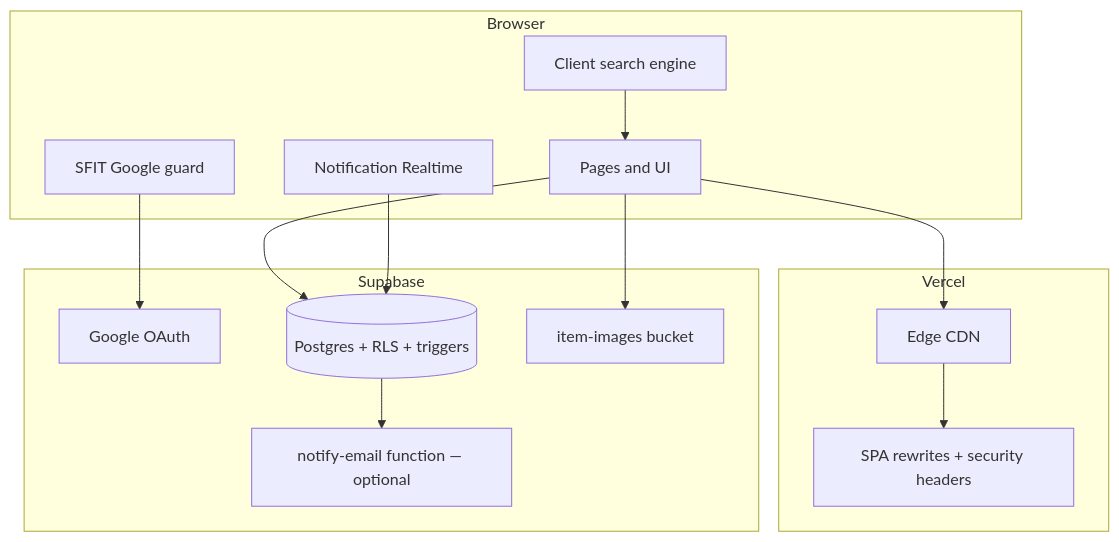
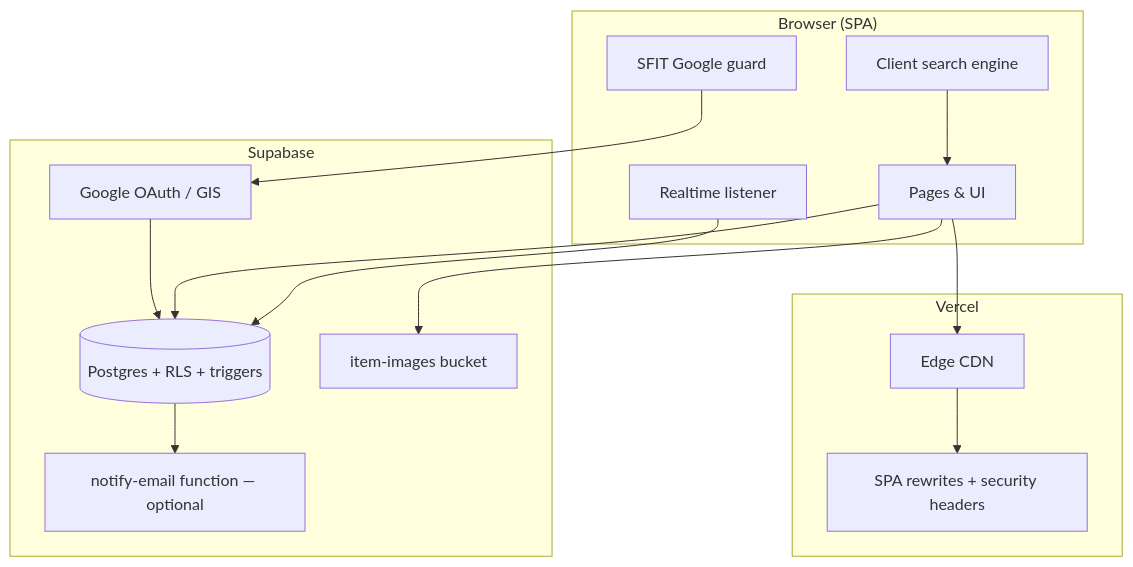
Before and after one commit to kencoelhoo-source/CampusFind: the diagram in README.md, drawn with Mermaid. The commit also changed other lines of this file and 17 other files, not shown here.

Commit message:
Fix migration schemas and resolve security linter warnings

````diff
--- a/README.md
+++ b/README.md
@@ -92,29 +70,29 @@
 ```mermaid
 flowchart TD
-    subgraph Client["Browser"]
-        UI["Pages and UI"]
+    subgraph Client["Browser (SPA)"]
+        UI["Pages & UI"]
         Search["Client search engine"]
         Auth["SFIT Google guard"]
-        Realtime["Notification Realtime"]
+        RT["Realtime listener"]
     end
 
     subgraph Edge["Vercel"]
         CDN["Edge CDN"]
         Headers["SPA rewrites + security headers"]
     end
 
     subgraph Supabase["Supabase"]
-        GoAuth["Google OAuth"]
+        GoAuth["Google OAuth / GIS"]
         DB[("Postgres + RLS + triggers")]
         Files["item-images bucket"]
         Mail["notify-email function — optional"]
     end
 
     UI --> CDN --> Headers
-    Auth --> GoAuth
+    Auth --> GoAuth --> DB
     UI --> DB
     UI --> Files
     Search --> UI
-    Realtime --> DB
+    RT --> DB
     DB --> Mail
 ```
````
